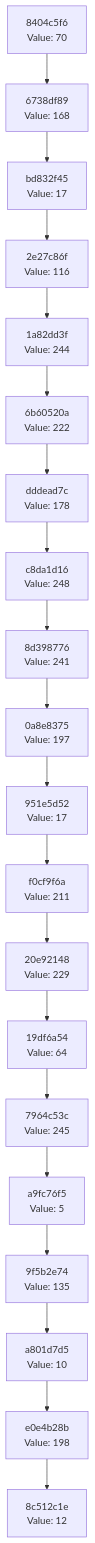
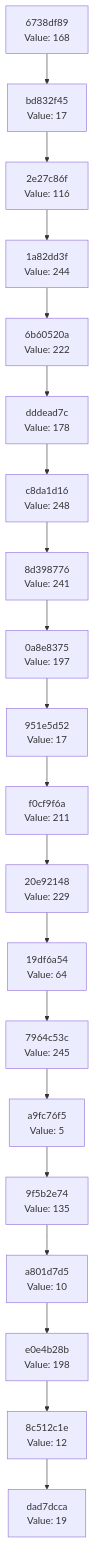
One commit to Abhisheksinha1506/hash-chain-evolver changed the diagram in docs/CHAIN_VISUALIZATION.md. Above: the diagram before and after it, drawn with Mermaid. The commit also changed 2 other files, not shown here.

Commit message:
Evolution step: hash 0x13 → action executed

````diff
--- a/docs/CHAIN_VISUALIZATION.md
+++ b/docs/CHAIN_VISUALIZATION.md
@@ -3,42 +3,42 @@
 ```mermaid
 graph TD
-    C0["8c512c1e<br/>Value: 12"]
-    C1["e0e4b28b<br/>Value: 198"]
+    C0["dad7dcca<br/>Value: 19"]
+    C1["8c512c1e<br/>Value: 12"]
     C1 --> C0
-    C2["a801d7d5<br/>Value: 10"]
+    C2["e0e4b28b<br/>Value: 198"]
     C2 --> C1
-    C3["9f5b2e74<br/>Value: 135"]
+    C3["a801d7d5<br/>Value: 10"]
     C3 --> C2
-    C4["a9fc76f5<br/>Value: 5"]
+    C4["9f5b2e74<br/>Value: 135"]
     C4 --> C3
-    C5["7964c53c<br/>Value: 245"]
+    C5["a9fc76f5<br/>Value: 5"]
     C5 --> C4
-    C6["19df6a54<br/>Value: 64"]
+    C6["7964c53c<br/>Value: 245"]
     C6 --> C5
-    C7["20e92148<br/>Value: 229"]
+    C7["19df6a54<br/>Value: 64"]
     C7 --> C6
-    C8["f0cf9f6a<br/>Value: 211"]
+    C8["20e92148<br/>Value: 229"]
     C8 --> C7
-    C9["951e5d52<br/>Value: 17"]
+    C9["f0cf9f6a<br/>Value: 211"]
     C9 --> C8
-    C10["0a8e8375<br/>Value: 197"]
+    C10["951e5d52<br/>Value: 17"]
     C10 --> C9
-    C11["8d398776<br/>Value: 241"]
+    C11["0a8e8375<br/>Value: 197"]
     C11 --> C10
-    C12["c8da1d16<br/>Value: 248"]
+    C12["8d398776<br/>Value: 241"]
     C12 --> C11
-    C13["dddead7c<br/>Value: 178"]
+    C13["c8da1d16<br/>Value: 248"]
     C13 --> C12
-    C14["6b60520a<br/>Value: 222"]
+    C14["dddead7c<br/>Value: 178"]
     C14 --> C13
-    C15["1a82dd3f<br/>Value: 244"]
+    C15["6b60520a<br/>Value: 222"]
     C15 --> C14
-    C16["2e27c86f<br/>Value: 116"]
+    C16["1a82dd3f<br/>Value: 244"]
     C16 --> C15
-    C17["bd832f45<br/>Value: 17"]
+    C17["2e27c86f<br/>Value: 116"]
     C17 --> C16
-    C18["6738df89<br/>Value: 168"]
+    C18["bd832f45<br/>Value: 17"]
     C18 --> C17
-    C19["8404c5f6<br/>Value: 70"]
+    C19["6738df89<br/>Value: 168"]
     C19 --> C18
 ```
````
